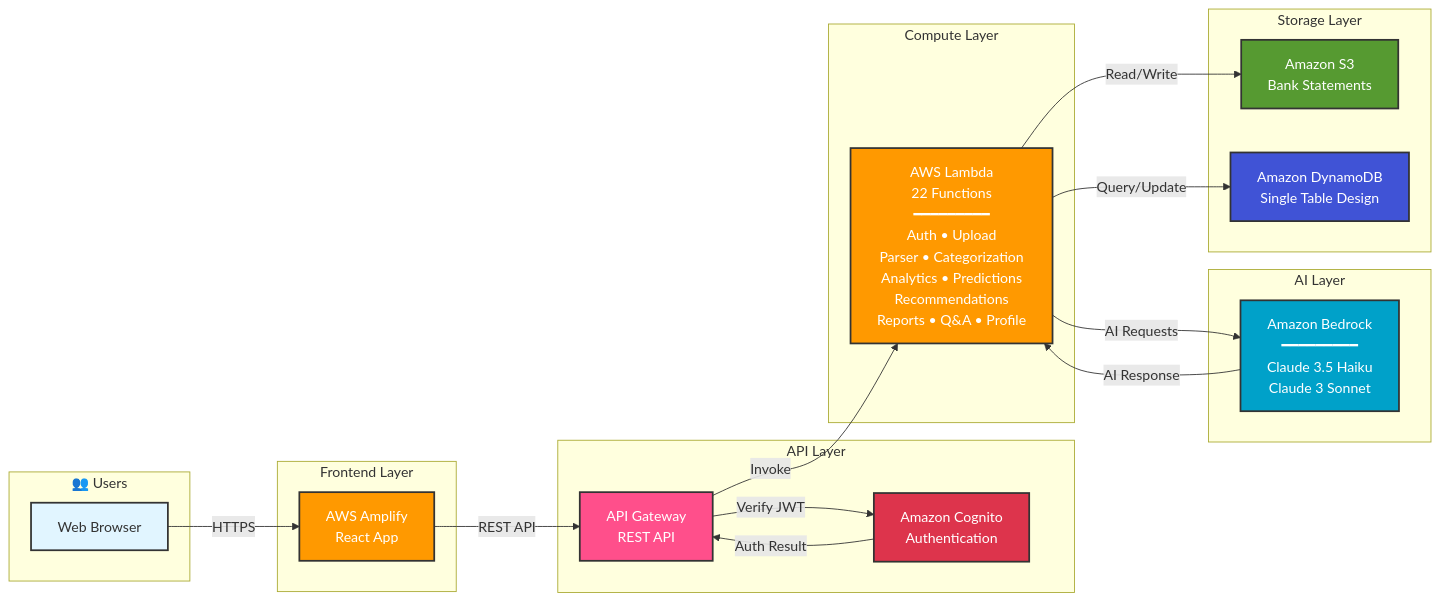
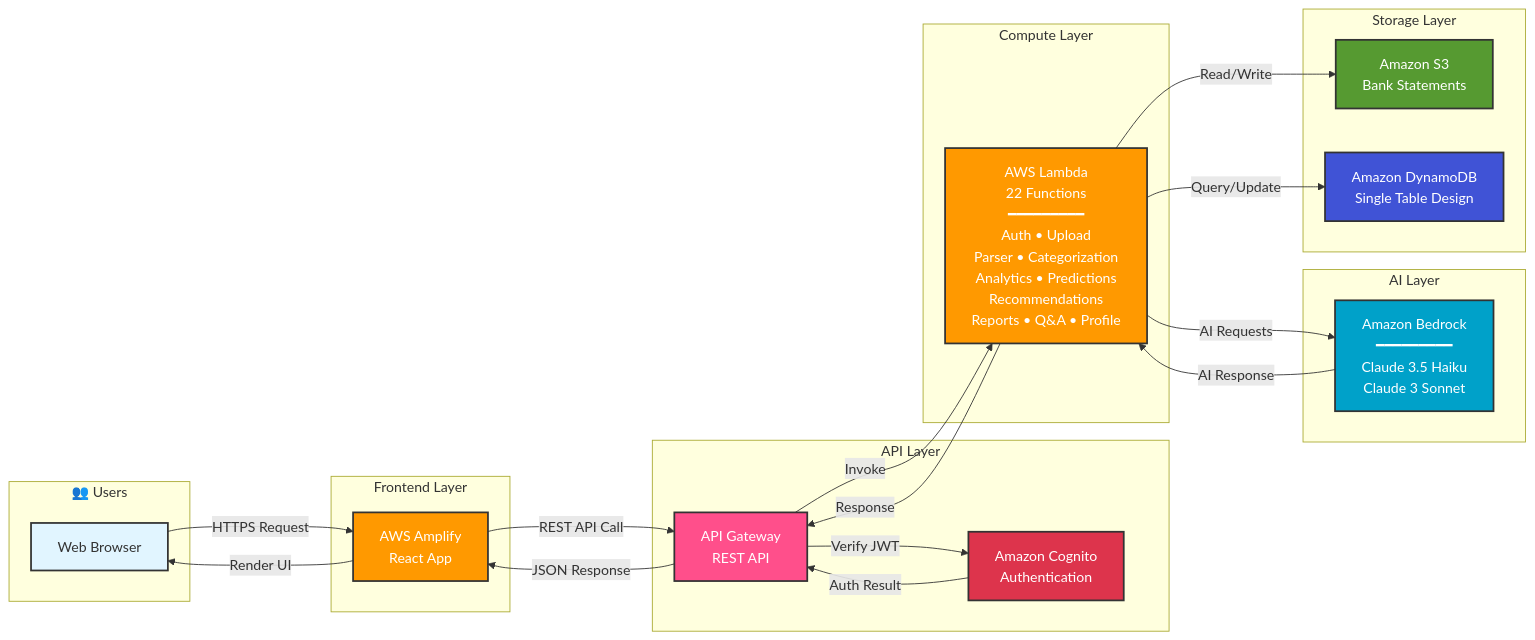
One commit to yabelyaev/N3xFin changed the first of 6 diagrams in ARCHITECTURE.md. Above: the diagram before and after it, drawn with Mermaid.

Commit message:
Add complete request-response flow including user responses

````diff
--- a/ARCHITECTURE.md
+++ b/ARCHITECTURE.md
@@ -5,47 +5,50 @@
 ```mermaid
 graph LR
     subgraph Users["👥 Users"]
         CLIENT[Web Browser]
     end
 
     subgraph Frontend["Frontend Layer"]
         AMPLIFY[AWS Amplify<br/>React App]
     end
 
     subgraph API["API Layer"]
         APIGW[API Gateway<br/>REST API]
         COGNITO[Amazon Cognito<br/>Authentication]
     end
 
     subgraph Compute["Compute Layer"]
         LAMBDA[AWS Lambda<br/>22 Functions<br/>━━━━━━━━━<br/>Auth • Upload<br/>Parser • Categorization<br/>Analytics • Predictions<br/>Recommendations<br/>Reports • Q&A • Profile]
     end
 
     subgraph AI["AI Layer"]
         BEDROCK[Amazon Bedrock<br/>━━━━━━━━━<br/>Claude 3.5 Haiku<br/>Claude 3 Sonnet]
     end
 
     subgraph Storage["Storage Layer"]
         S3[Amazon S3<br/>Bank Statements]
         DYNAMO[Amazon DynamoDB<br/>Single Table Design]
     end
 
-    CLIENT -->|HTTPS| AMPLIFY
-    AMPLIFY -->|REST API| APIGW
+    CLIENT -->|HTTPS Request| AMPLIFY
+    AMPLIFY -->|REST API Call| APIGW
     APIGW -->|Verify JWT| COGNITO
     COGNITO -->|Auth Result| APIGW
     APIGW -->|Invoke| LAMBDA
+    LAMBDA -->|Response| APIGW
+    APIGW -->|JSON Response| AMPLIFY
+    AMPLIFY -->|Render UI| CLIENT
     LAMBDA -->|AI Requests| BEDROCK
     BEDROCK -->|AI Response| LAMBDA
     LAMBDA -->|Read/Write| S3
     LAMBDA -->|Query/Update| DYNAMO
 
     style CLIENT fill:#e1f5ff,stroke:#333,stroke-width:2px
     style AMPLIFY fill:#ff9900,stroke:#333,stroke-width:2px,color:#fff
     style APIGW fill:#ff4f8b,stroke:#333,stroke-width:2px,color:#fff
     style COGNITO fill:#dd344c,stroke:#333,stroke-width:2px,color:#fff
     style LAMBDA fill:#ff9900,stroke:#333,stroke-width:2px,color:#fff
     style BEDROCK fill:#00a1c9,stroke:#333,stroke-width:2px,color:#fff
     style S3 fill:#569a31,stroke:#333,stroke-width:2px,color:#fff
     style DYNAMO fill:#4053d6,stroke:#333,stroke-width:2px,color:#fff
 ```
````
